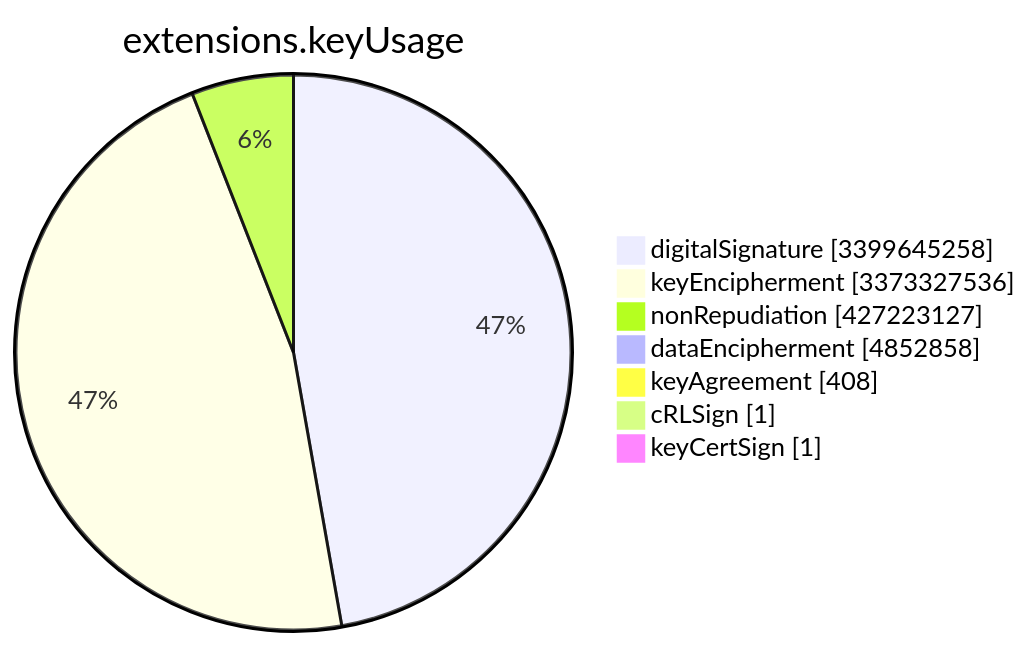
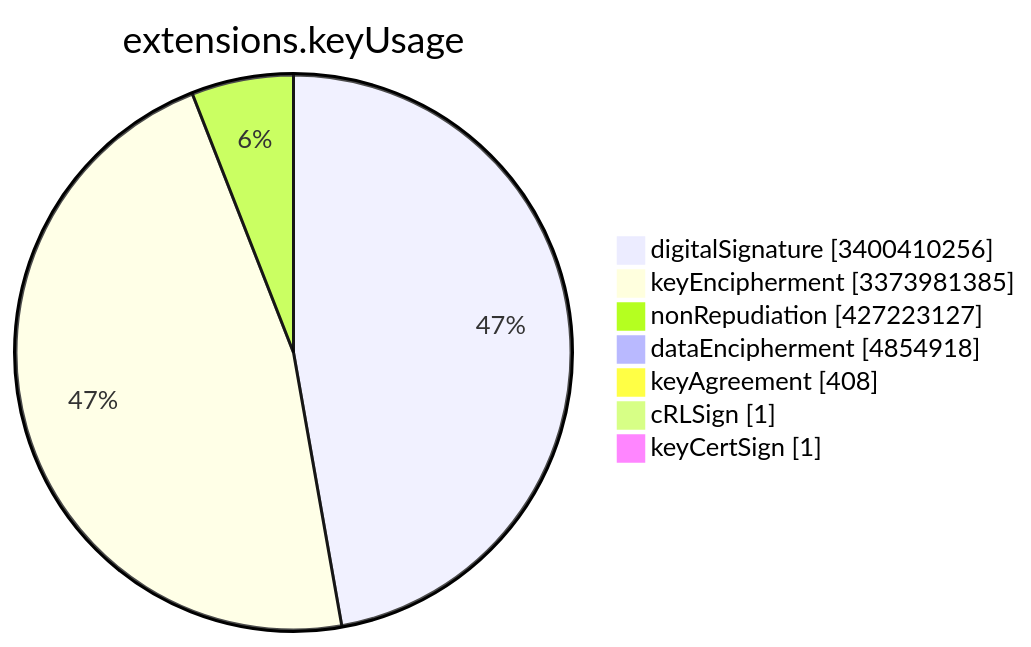
Before and after one commit to christiankrug/ctmonitor_visualization: the sixth of 15 diagrams in TOTAL/README.md, drawn with Mermaid. The commit also changed other lines of this file, not shown here.

````diff
--- a/TOTAL/README.md
+++ b/TOTAL/README.md
@@ -3081,11 +3081,11 @@
 ```mermaid
 pie showData
 title extensions.keyUsage
-"digitalSignature" :3399645258
-"keyEncipherment" :3373327536
+"digitalSignature" :3400410256
+"keyEncipherment" :3373981385
 "nonRepudiation" :427223127
-"dataEncipherment" :4852858
+"dataEncipherment" :4854918
 "keyAgreement" :408
 "cRLSign" :1
 "keyCertSign" :1
 ```
````
